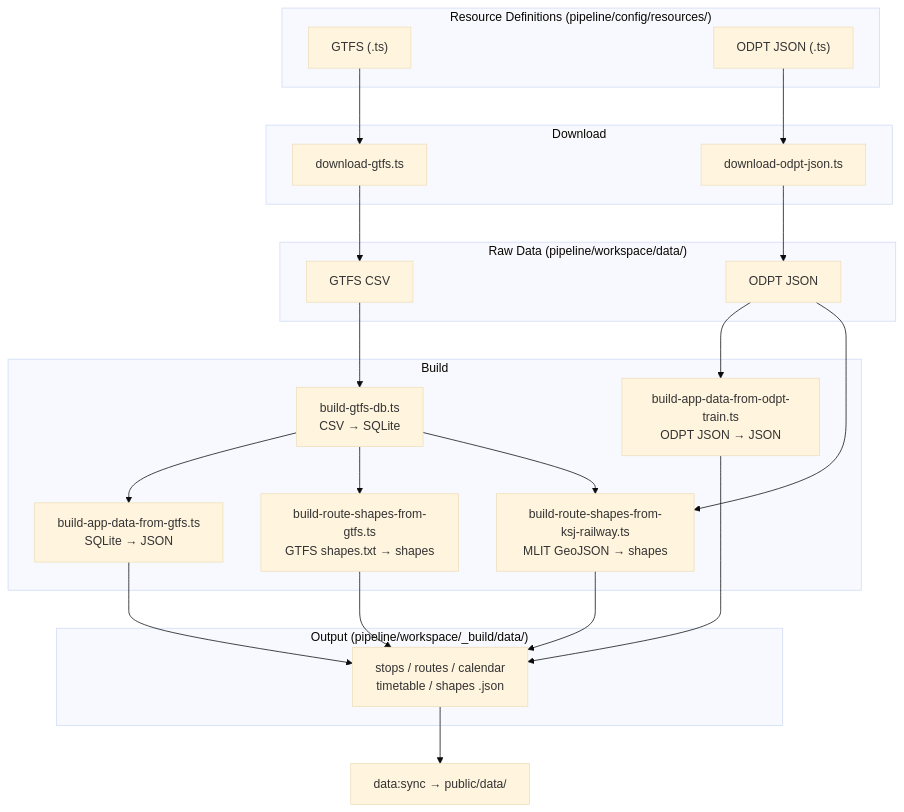
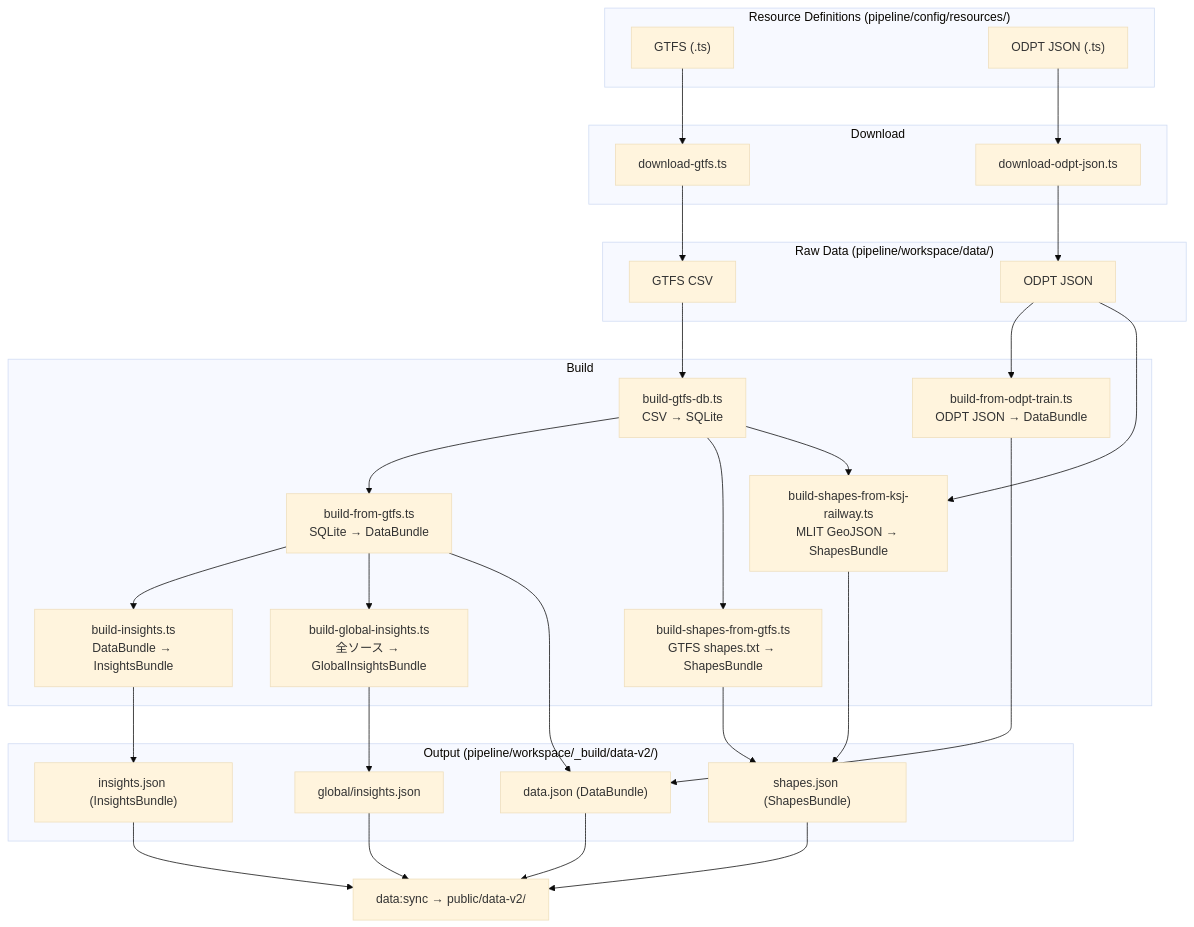
Before and after one commit to F88/athenai-transit: the diagram in pipeline/README.md, drawn with Mermaid (base theme). The commit also changed other lines of this file, not shown here.

First line of the commit message:
docs(pipeline): update README for v2-only pipeline

````diff
--- a/pipeline/README.md
+++ b/pipeline/README.md
@@ -79,35 +69,42 @@
 ```mermaid
 flowchart TD
     subgraph src["Resource Definitions (pipeline/config/resources/)"]
         GR["GTFS (.ts)"]
         OR["ODPT JSON (.ts)"]
     end
 
     subgraph dl["Download"]
         GR --> DG["download-gtfs.ts"]
         OR --> DO["download-odpt-json.ts"]
     end
 
     subgraph raw["Raw Data (pipeline/workspace/data/)"]
         DG --> CSV["GTFS CSV"]
         DO --> OJSON["ODPT JSON"]
     end
 
     subgraph build["Build"]
         CSV --> DB["build-gtfs-db.ts<br/>CSV → SQLite"]
-        DB --> BJ["build-app-data-from-gtfs.ts<br/>SQLite → JSON"]
-        OJSON --> BO["build-app-data-from-odpt-train.ts<br/>ODPT JSON → JSON"]
-        DB --> BGS["build-route-shapes-from-gtfs.ts<br/>GTFS shapes.txt → shapes"]
-        DB --> BKS["build-route-shapes-from-ksj-railway.ts<br/>MLIT GeoJSON → shapes"]
+        DB --> BD["build-from-gtfs.ts<br/>SQLite → DataBundle"]
+        OJSON --> BO["build-from-odpt-train.ts<br/>ODPT JSON → DataBundle"]
+        DB --> BGS["build-shapes-from-gtfs.ts<br/>GTFS shapes.txt → ShapesBundle"]
+        DB --> BKS["build-shapes-from-ksj-railway.ts<br/>MLIT GeoJSON → ShapesBundle"]
         OJSON --> BKS
+        BD --> BI["build-insights.ts<br/>DataBundle → InsightsBundle"]
+        BD --> BGI["build-global-insights.ts<br/>全ソース → GlobalInsightsBundle"]
     end
 
-    subgraph out["Output (pipeline/workspace/_build/data/)"]
-        BJ --> JSON["stops / routes / calendar<br/>timetable / shapes .json"]
+    subgraph out["Output (pipeline/workspace/_build/data-v2/)"]
+        BD --> JSON["data.json (DataBundle)"]
         BO --> JSON
-        BGS --> JSON
-        BKS --> JSON
+        BGS --> SHAPES["shapes.json (ShapesBundle)"]
+        BKS --> SHAPES
+        BI --> INSIGHTS["insights.json (InsightsBundle)"]
+        BGI --> GINSIGHTS["global/insights.json"]
     end
 
-    JSON --> SYNC["data:sync → public/data/"]
+    JSON --> SYNC["data:sync → public/data-v2/"]
+    SHAPES --> SYNC
+    INSIGHTS --> SYNC
+    GINSIGHTS --> SYNC
 ```
````
